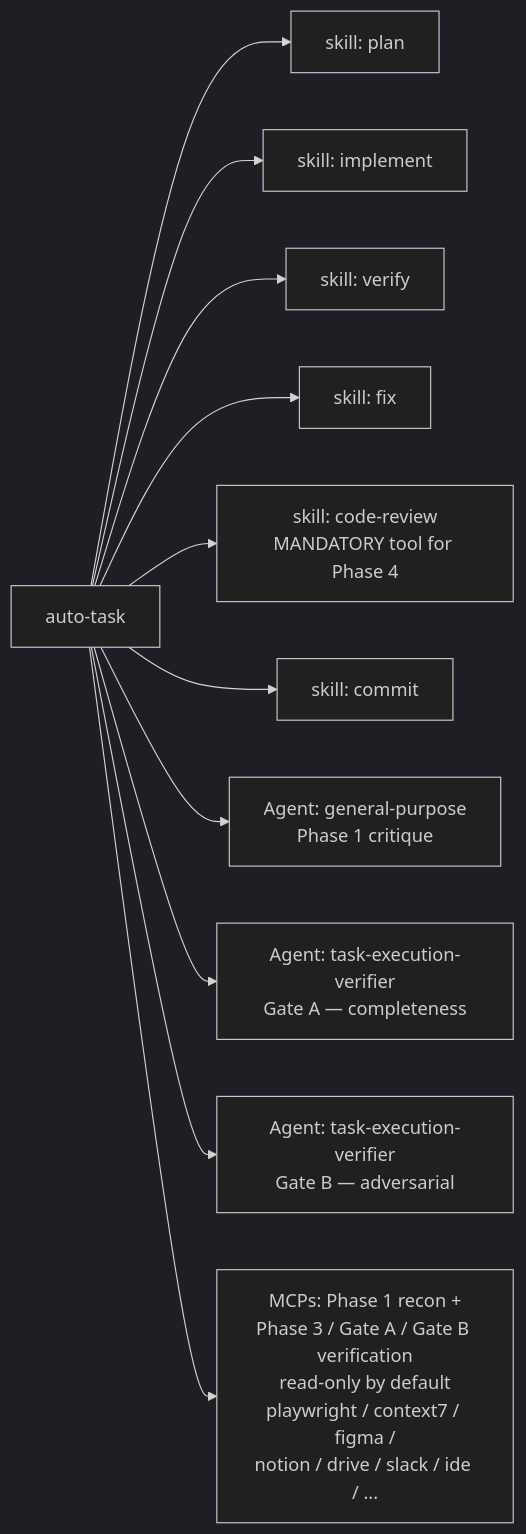
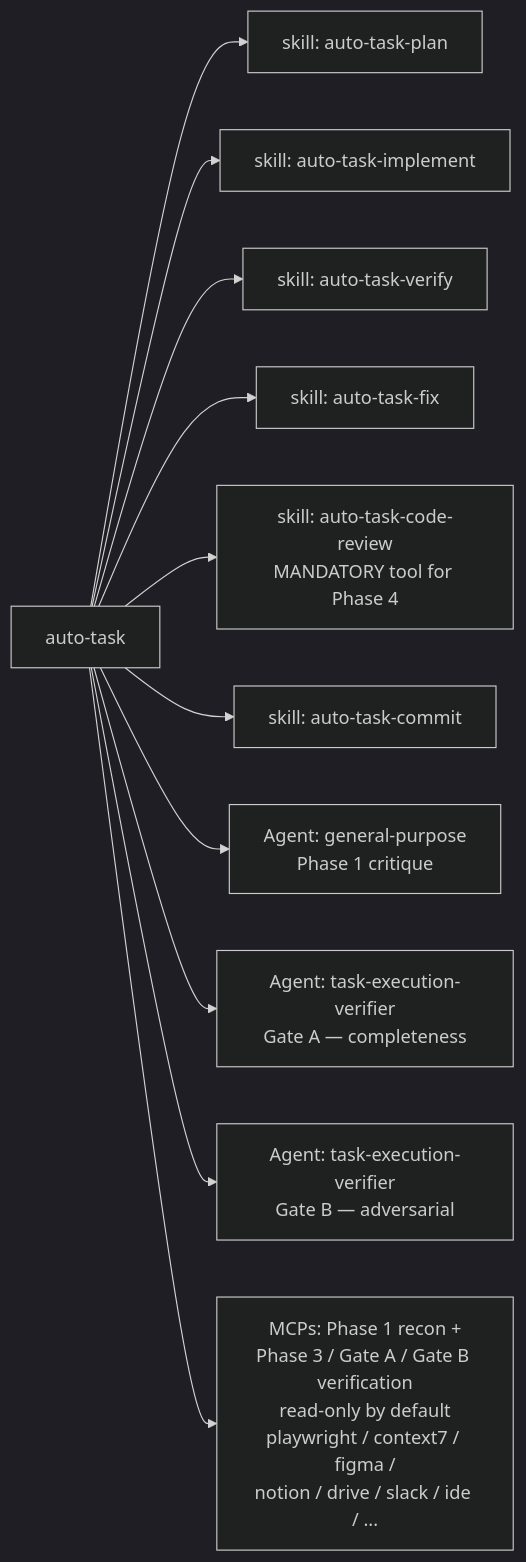
The second of 2 diagrams in skills/auto-task/ARCHITECTURE.md (o8o0o8o/auto-task-plugin), drawn with Mermaid (dark theme) before and after one commit. The commit also changed other lines of this file and 13 other files, not shown here.

First line of the commit message:
Namespace bundled sibling skills with auto-task- prefix

````diff
--- a/skills/auto-task/ARCHITECTURE.md
+++ b/skills/auto-task/ARCHITECTURE.md
@@ -157,13 +157,13 @@
 ```mermaid
 flowchart LR
-    AT[auto-task] --> Plan[skill: plan]
-    AT --> Implement[skill: implement]
-    AT --> Verify[skill: verify]
-    AT --> Fix[skill: fix]
-    AT --> CR[skill: code-review<br/>MANDATORY tool for Phase 4]
-    AT --> Commit[skill: commit]
+    AT[auto-task] --> Plan[skill: auto-task-plan]
+    AT --> Implement[skill: auto-task-implement]
+    AT --> Verify[skill: auto-task-verify]
+    AT --> Fix[skill: auto-task-fix]
+    AT --> CR[skill: auto-task-code-review<br/>MANDATORY tool for Phase 4]
+    AT --> Commit[skill: auto-task-commit]
     AT --> Critique[Agent: general-purpose<br/>Phase 1 critique]
     AT --> TEV_A[Agent: task-execution-verifier<br/>Gate A — completeness]
     AT --> TEV_B[Agent: task-execution-verifier<br/>Gate B — adversarial]
     AT --> MCPs[MCPs: Phase 1 recon +<br/>Phase 3 / Gate A / Gate B verification<br/>read-only by default<br/>playwright / context7 / figma /<br/>notion / drive / slack / ide / ...]
 ```
````
